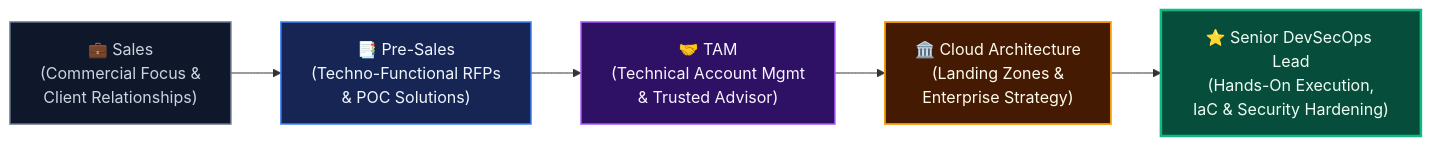
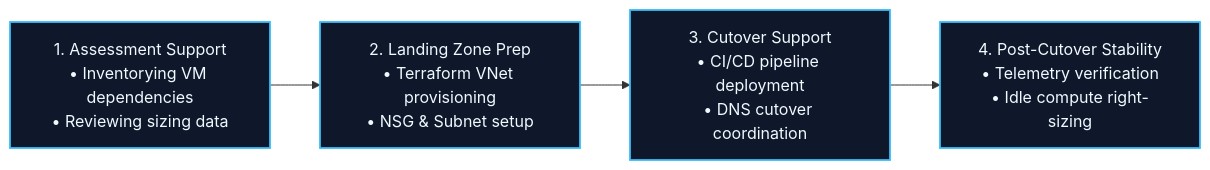
The sixth of 6 diagrams in README.md (Sarvesh0401/Sarvesh0401), drawn with Mermaid before and after one commit. The commit also changed other lines of this file and 3 other files, not shown here.

First line of the commit message:
feat: align profile to Senior DevSecOps focusing on Terraform, CI/CD, and Kubernetes

````diff
--- a/README.md
+++ b/README.md
@@ -333,19 +287,9 @@
 ```mermaid
 flowchart LR
-    C1["💼 Sales<br/>(Commercial Focus &<br/>Client Relationships)"] --> C2["📑 Pre-Sales<br/>(Techno-Functional RFPs<br/>& POC Solutions)"]
-    C2 --> C3["🤝 TAM<br/>(Technical Account Mgmt<br/>& Trusted Advisor)"]
-    C3 --> C4["🏛️ Cloud Architecture<br/>(Landing Zones &<br/>Enterprise Strategy)"]
-    C4 --> C5["⭐ Senior DevSecOps Lead<br/>(Hands-On Execution,<br/>IaC & Security Hardening)"]
+    M1["1. Assessment Support<br/>• Inventorying VM dependencies<br/>• Reviewing sizing data"] --> M2["2. Landing Zone Prep<br/>• Terraform VNet provisioning<br/>• NSG & Subnet setup"]
+    M2 --> M3["3. Cutover Support<br/>• CI/CD pipeline deployment<br/>• DNS cutover coordination"]
+    M3 --> M4["4. Post-Cutover Stability<br/>• Telemetry verification<br/>• Idle compute right-sizing"]
 
-    classDef track1 fill:#0f172a,stroke:#64748b,stroke-width:1.5px,color:#cbd5e1;
-    classDef track2 fill:#172554,stroke:#3b82f6,stroke-width:1.5px,color:#eff6ff;
-    classDef track3 fill:#2e1065,stroke:#a855f7,stroke-width:1.5px,color:#faf5ff;
-    classDef track4 fill:#451a03,stroke:#f59e0b,stroke-width:1.8px,color:#fffbeb;
-    classDef track5 fill:#064e3b,stroke:#10b981,stroke-width:2.5px,color:#f0fdf4;
-
-    class C1 track1;
-    class C2 track2;
-    class C3 track3;
-    class C4 track4;
-    class C5 track5;
+    classDef mStyle fill:#0f172a,stroke:#38bdf8,stroke-width:1.8px,color:#f0f9ff;
+    class M1,M2,M3,M4 mStyle;
 ```
````
